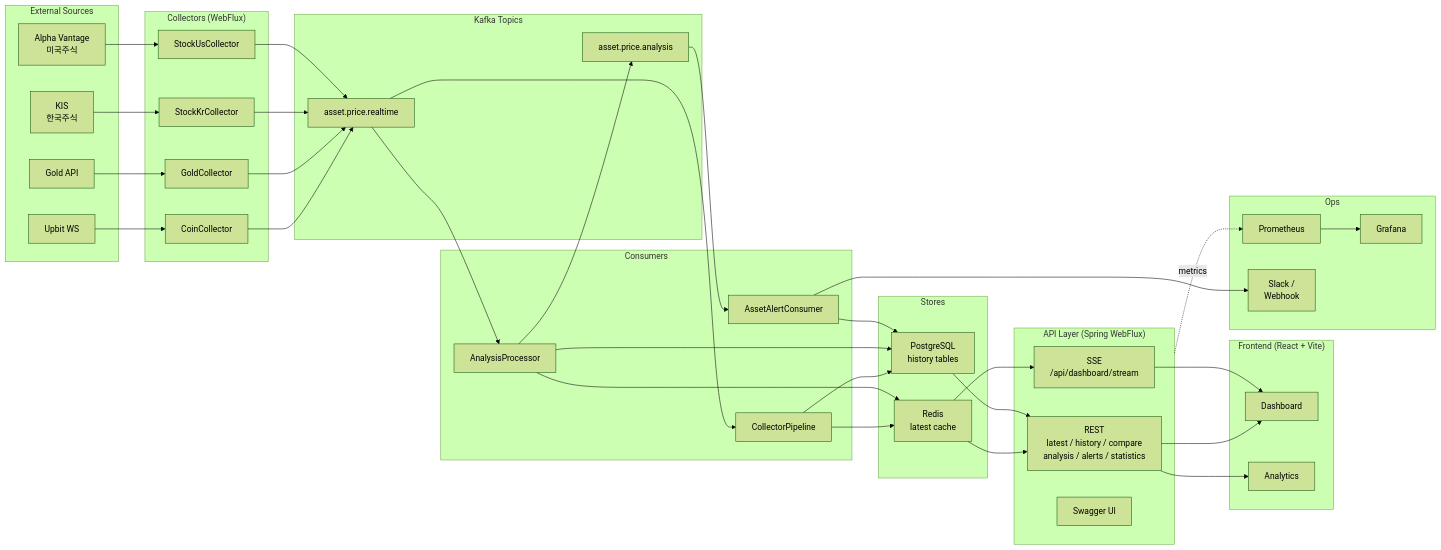
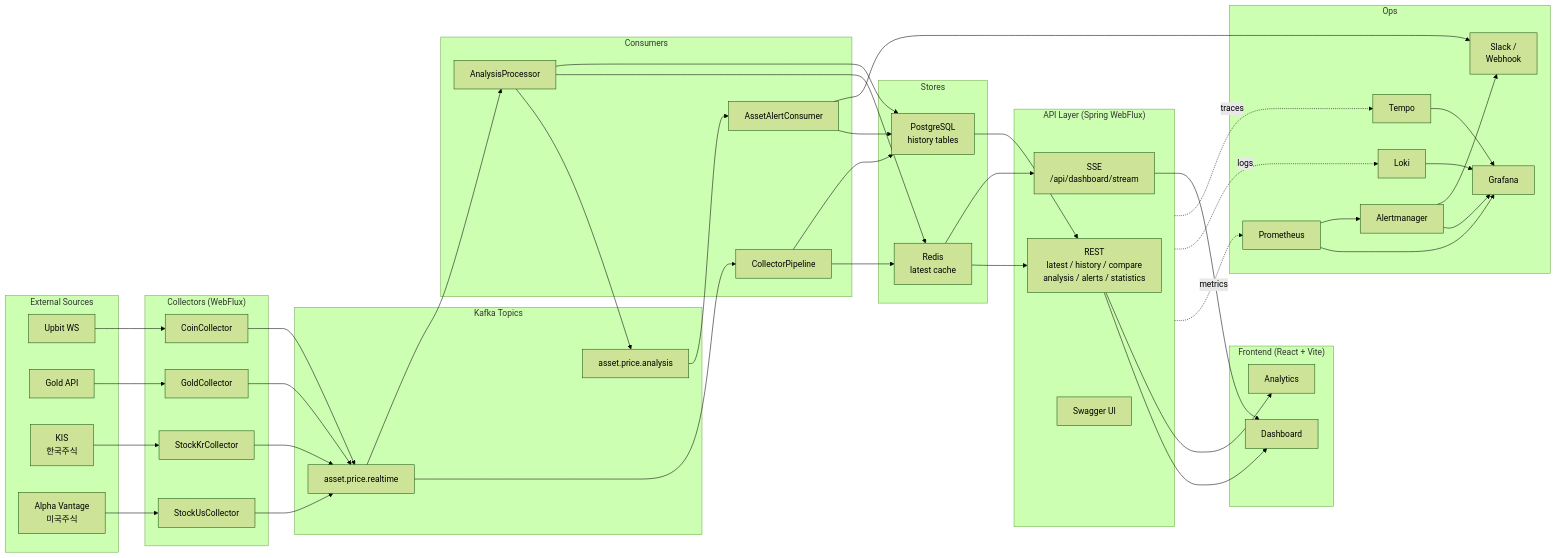
The diagram in README.md (jean202/asset-radar), drawn with Mermaid (forest theme) before and after one commit. The commit also changed other lines of this file and 48 other files, not shown here.

````diff
--- a/README.md
+++ b/README.md
@@ -49,6 +49,9 @@
 
     subgraph OPS["Ops"]
         PROM["Prometheus"]
+        LOKI["Loki"]
+        TEMP["Tempo"]
+        ALERTM["Alertmanager"]
         GRAF["Grafana"]
         SLACK["Slack /<br/>Webhook"]
     end
@@ -84,5 +87,12 @@
     SSE --> DASH
 
     API -.metrics.-> PROM
+    API -.logs.-> LOKI
+    API -.traces.-> TEMP
     PROM --> GRAF
+    PROM --> ALERTM
+    LOKI --> GRAF
+    TEMP --> GRAF
+    ALERTM --> GRAF
+    ALERTM --> SLACK
 ```
````
